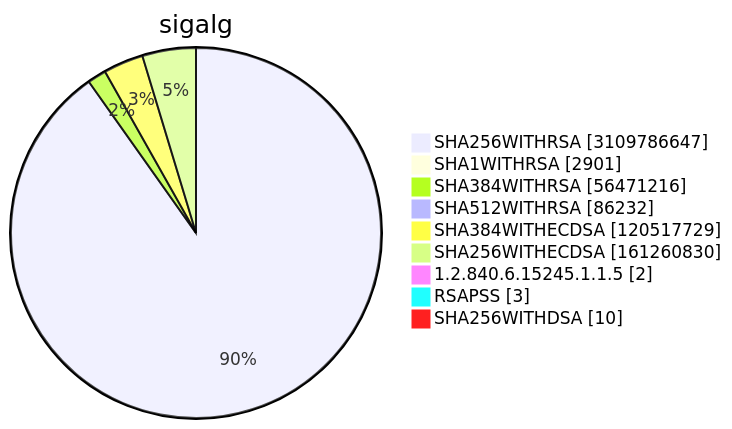
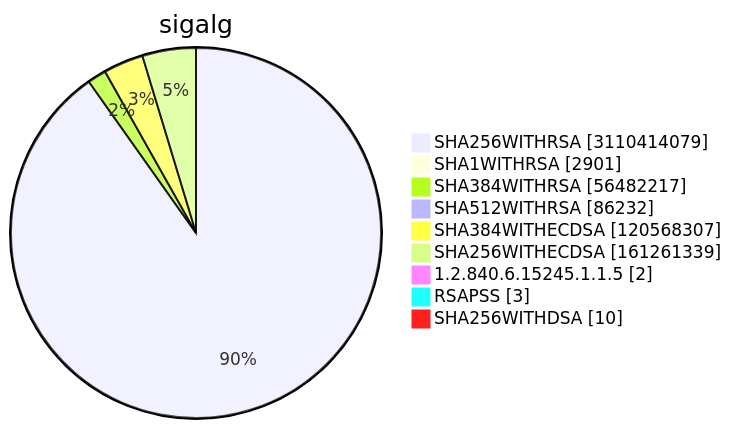
Diagram 15 of 15 in TOTAL/README.md (christiankrug/ctmonitor_visualization), drawn with Mermaid before and after one commit. The commit also changed other lines of this file, not shown here.

````diff
--- a/TOTAL/README.md
+++ b/TOTAL/README.md
@@ -6212,13 +6212,13 @@
 ```mermaid
 pie showData
 title sigalg
-"SHA256WITHRSA" :3109786647
+"SHA256WITHRSA" :3110414079
 "SHA1WITHRSA" :2901
-"SHA384WITHRSA" :56471216
+"SHA384WITHRSA" :56482217
 "SHA512WITHRSA" :86232
-"SHA384WITHECDSA" :120517729
-"SHA256WITHECDSA" :161260830
+"SHA384WITHECDSA" :120568307
+"SHA256WITHECDSA" :161261339
 "1.2.840.6.15245.1.1.5" :2
 "RSAPSS" :3
 "SHA256WITHDSA" :10
 ```
````
